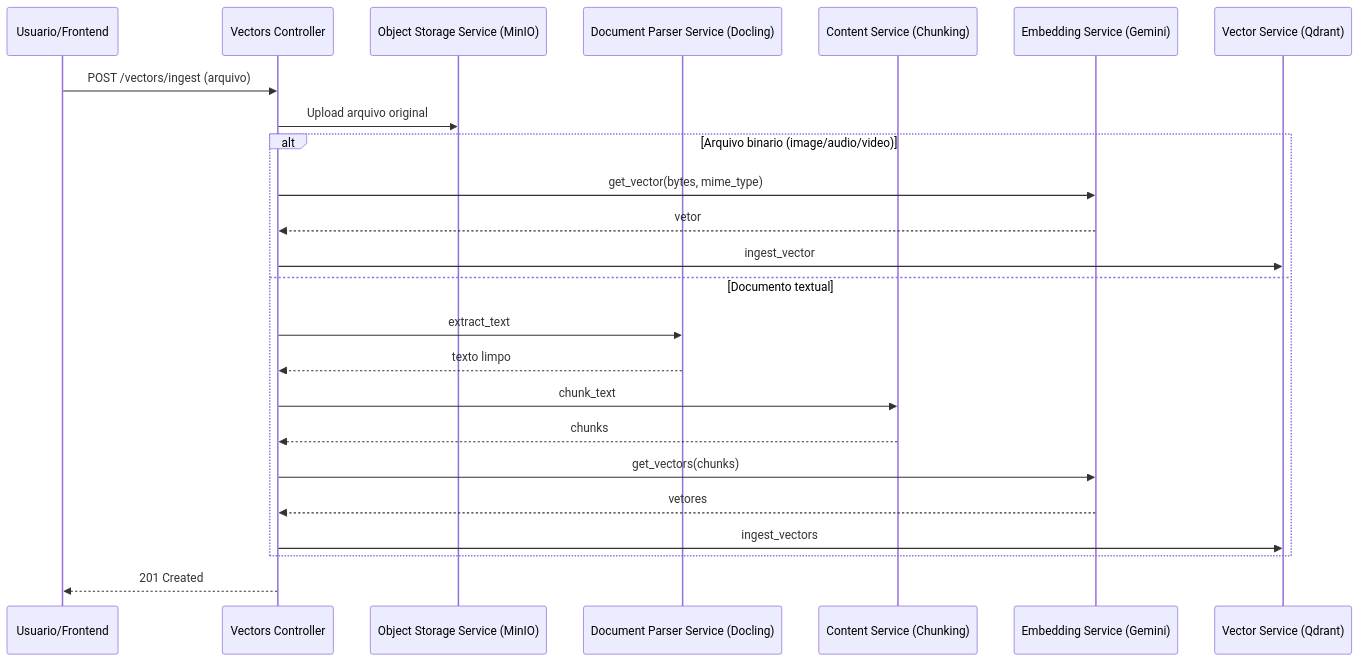
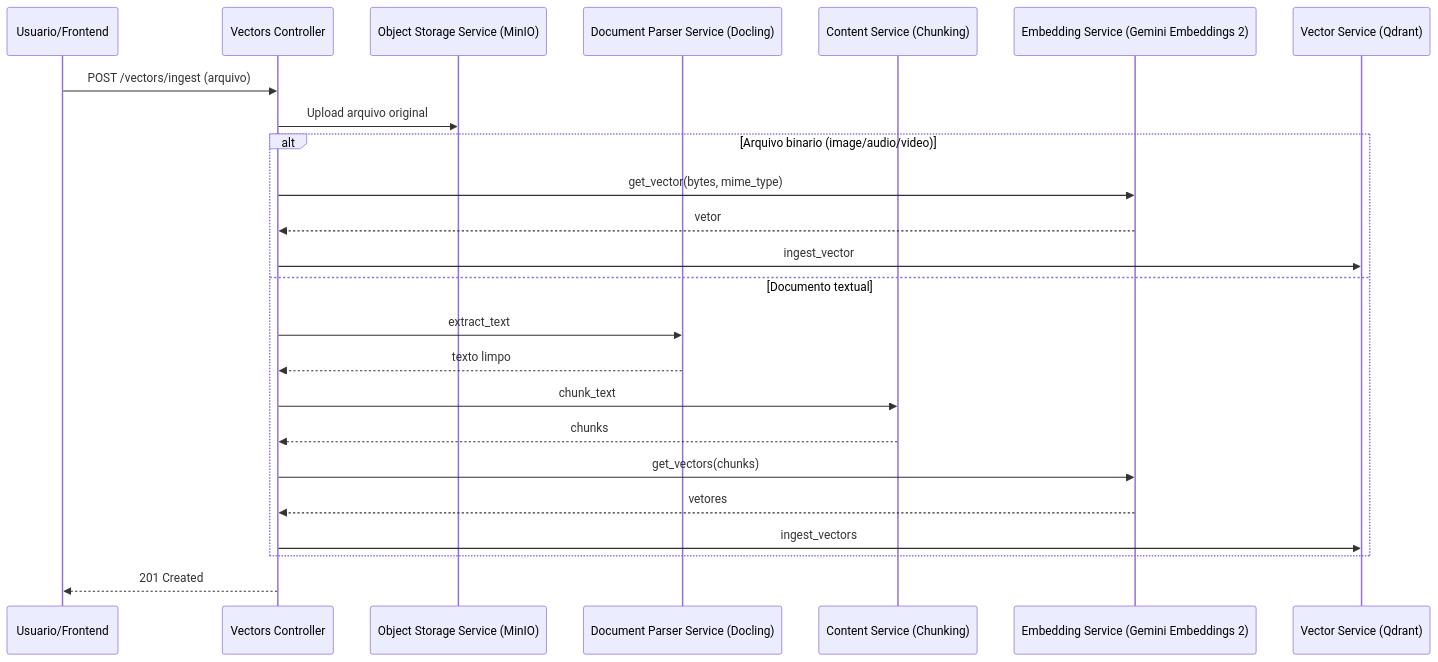
The second of 5 diagrams in README.md (pedroferrarezzo/QueryRag-Python-FastApi-Qdrant-React), drawn with Mermaid before and after one commit. The commit also changed other lines of this file, not shown here.

````diff
--- a/README.md
+++ b/README.md
@@ -97,27 +99,27 @@
 ```mermaid
 sequenceDiagram
 		participant U as Usuario/Frontend
 		participant C as Vectors Controller
 		participant O as Object Storage Service (MinIO)
 		participant P as Document Parser Service (Docling)
 		participant T as Content Service (Chunking)
-		participant E as Embedding Service (Gemini)
+		participant E as Embedding Service (Gemini Embeddings 2)
 		participant V as Vector Service (Qdrant)
 
 		U->>C: POST /vectors/ingest (arquivo)
 		C->>O: Upload arquivo original
 		alt Arquivo binario (image/audio/video)
 				C->>E: get_vector(bytes, mime_type)
 				E-->>C: vetor
 				C->>V: ingest_vector
 		else Documento textual
 				C->>P: extract_text
 				P-->>C: texto limpo
 				C->>T: chunk_text
 				T-->>C: chunks
 				C->>E: get_vectors(chunks)
 				E-->>C: vetores
 				C->>V: ingest_vectors
 		end
 		C-->>U: 201 Created
 ```
````
